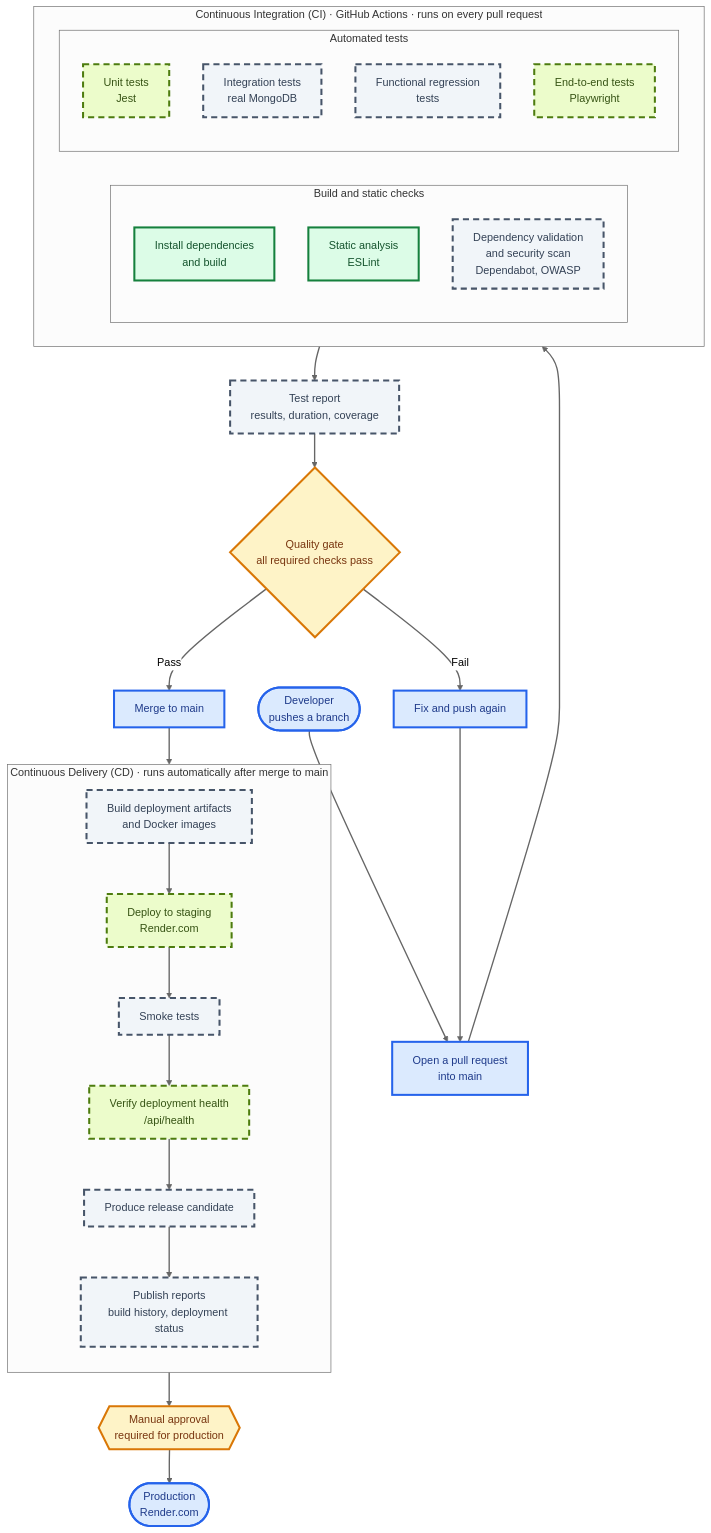
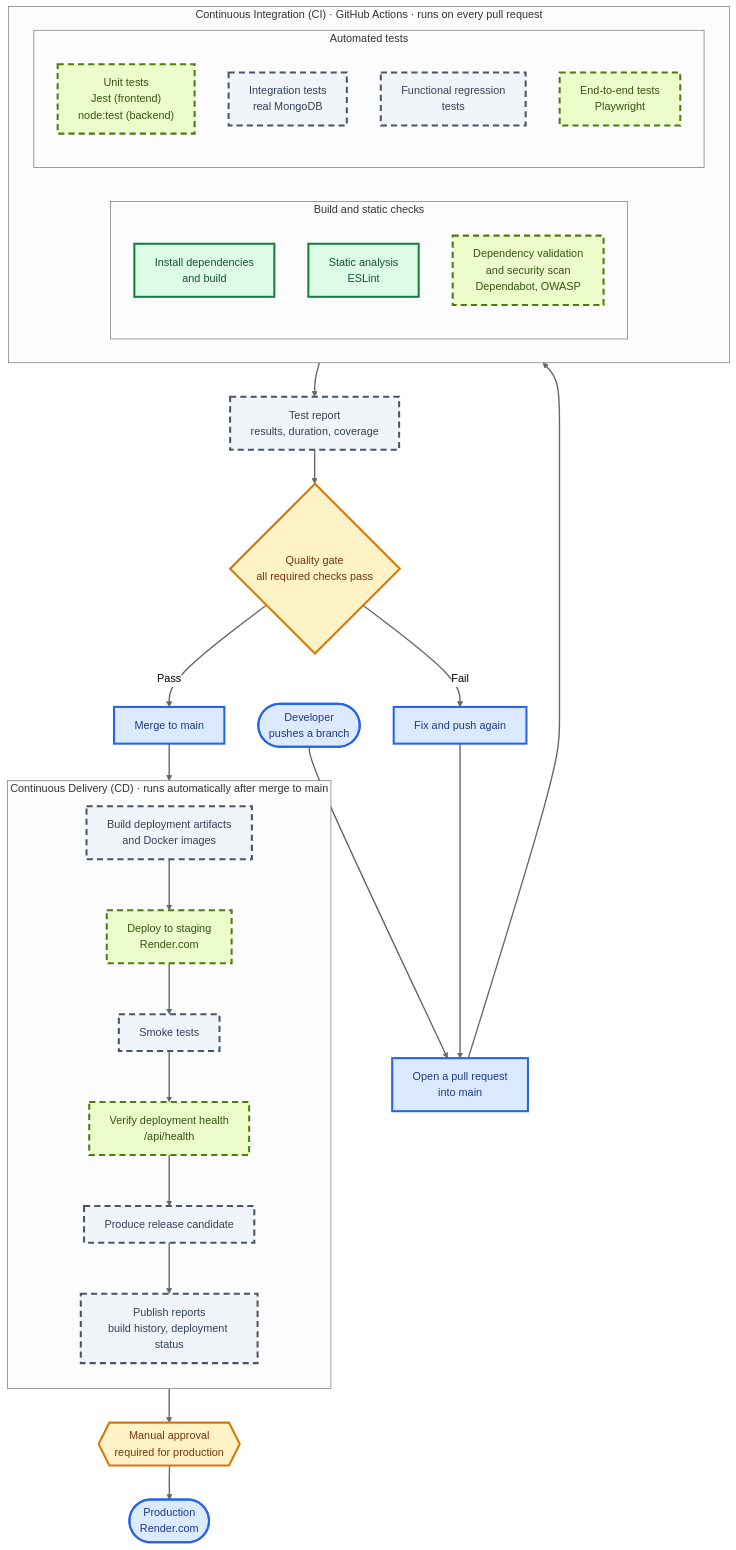
The first of 4 diagrams in README.md (IT7993-FALL-2026-PEERS/ProjectPeerEvaluation), drawn with Mermaid (neutral theme) before and after one commit. The commit also changed other lines of this file, not shown here.

````diff
--- a/README.md
+++ b/README.md
@@ -58,56 +58,56 @@
 ```mermaid
 flowchart TB
     DEV(["Developer<br/>pushes a branch"]) --> PR["Open a pull request<br/>into main"]
 
     subgraph CI["Continuous Integration (CI) · GitHub Actions · runs on every pull request"]
         direction LR
         subgraph STATIC["Build and static checks"]
             direction TB
             BUILD_APP["Install dependencies<br/>and build"]
             LINT["Static analysis<br/>ESLint"]
             SEC["Dependency validation<br/>and security scan<br/>Dependabot, OWASP"]
         end
         subgraph TESTS["Automated tests"]
             direction TB
-            UNIT["Unit tests<br/>Jest"]
+            UNIT["Unit tests<br/>Jest (frontend)<br/>node:test (backend)"]
             INTEG["Integration tests<br/>real MongoDB"]
             REG["Functional regression<br/>tests"]
             E2E["End-to-end tests<br/>Playwright"]
         end
     end
 
     PR --> CI
     CI --> REPORT["Test report<br/>results, duration, coverage"]
     REPORT --> GATE{"Quality gate<br/>all required checks pass"}
     GATE -- "Fail" --> FIX["Fix and push again"]
     FIX --> PR
     GATE -- "Pass" --> MERGE["Merge to main"]
 
     subgraph CD["Continuous Delivery (CD) · runs automatically after merge to main"]
         direction TB
         ARTIFACTS["Build deployment artifacts<br/>and Docker images"]
         STG["Deploy to staging<br/>Render.com"]
         SMOKE["Smoke tests"]
         HEALTH["Verify deployment health<br/>/api/health"]
         RC["Produce release candidate"]
         DREPORT["Publish reports<br/>build history, deployment status"]
         ARTIFACTS --> STG --> SMOKE --> HEALTH --> RC --> DREPORT
     end
 
     MERGE --> ARTIFACTS
     DREPORT --> APPROVE{{"Manual approval<br/>required for production"}}
     APPROVE --> PROD(["Production<br/>Render.com"])
 
     classDef done fill:#dcfce7,stroke:#15803d,color:#14532d,stroke-width:3px
     classDef partial fill:#ecfccb,stroke:#4d7c0f,color:#365314,stroke-width:3px,stroke-dasharray: 9 6
     classDef planned fill:#f1f5f9,stroke:#475569,color:#334155,stroke-width:3px,stroke-dasharray: 9 6
     classDef gate fill:#fef3c7,stroke:#d97706,color:#78350f,stroke-width:3px
     classDef endpoint fill:#dbeafe,stroke:#2563eb,color:#1e3a8a,stroke-width:3px
     linkStyle default stroke-width:2px
 
     class BUILD_APP,LINT done
-    class UNIT,E2E,STG,HEALTH partial
-    class SEC,INTEG,REG,REPORT,ARTIFACTS,SMOKE,RC,DREPORT planned
+    class UNIT,E2E,SEC,STG,HEALTH partial
+    class INTEG,REG,REPORT,ARTIFACTS,SMOKE,RC,DREPORT planned
     class GATE,APPROVE gate
     class DEV,PROD,PR,MERGE,FIX endpoint
 ```
````
